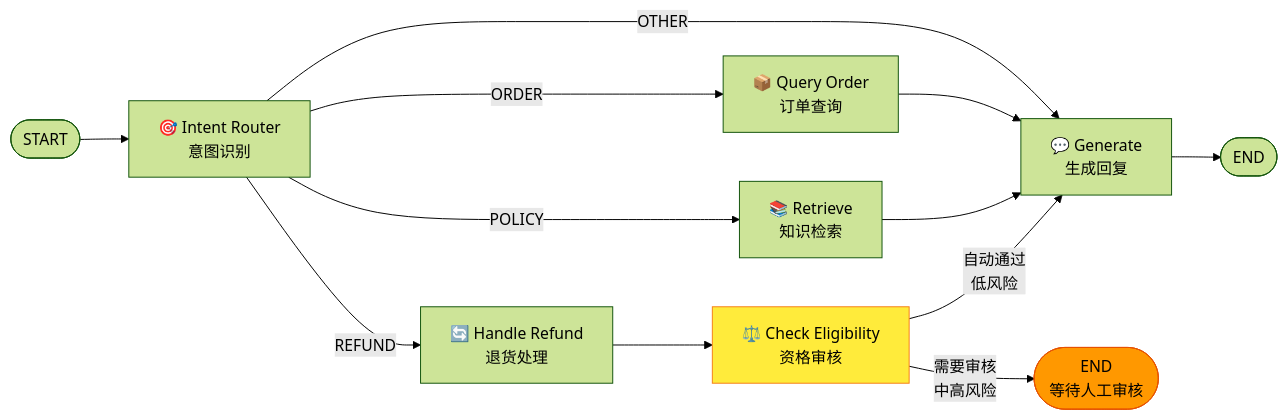
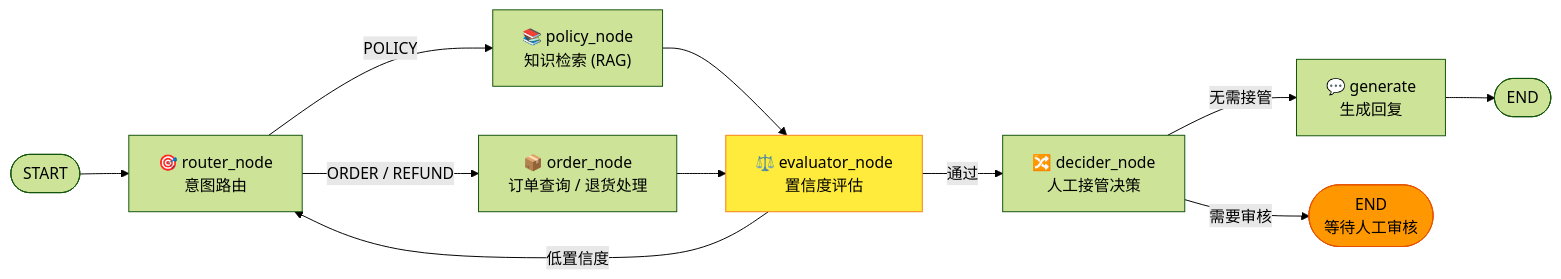
The second of 8 diagrams in architecture.md (Mr-ZeLong/E-commerce-Smart-Agent), drawn with Mermaid (forest theme) before and after one commit. The commit also changed other lines of this file and 47 other files, not shown here.

````diff
--- a/architecture.md
+++ b/architecture.md
@@ -128,22 +129,21 @@
 ```mermaid
 flowchart LR
-    START([START]) --> INTENT["🎯 Intent Router<br/>意图识别"]
+    START([START]) --> ROUTER["🎯 router_node<br/>意图路由"]
 
-    INTENT -->|"ORDER"| QUERY["📦 Query Order<br/>订单查询"]
-    INTENT -->|"POLICY"| RETRIEVE["📚 Retrieve<br/>知识检索"]
-    INTENT -->|"REFUND"| REFUND_NODE["🔄 Handle Refund<br/>退货处理"]
-    INTENT -->|"OTHER"| GENERATE["💬 Generate<br/>生成回复"]
+    ROUTER -->|"POLICY"| POLICY["📚 policy_node<br/>知识检索 (RAG)"]
+    ROUTER -->|"ORDER / REFUND"| ORDER["📦 order_node<br/>订单查询 / 退货处理"]
 
-    QUERY --> GENERATE
-    RETRIEVE --> GENERATE
+    POLICY --> EVAL["⚖️ evaluator_node<br/>置信度评估"]
+    ORDER --> EVAL
 
-    REFUND_NODE --> CHECK["⚖️ Check Eligibility<br/>资格审核"]
+    EVAL -->|"低置信度"| ROUTER
+    EVAL -->|"通过"| DECIDER["🔀 decider_node<br/>人工接管决策"]
 
-    CHECK -->|"自动通过<br/>低风险"| GENERATE
-    CHECK -->|"需要审核<br/>中高风险"| END_AUDIT([END<br/>等待人工审核])
+    DECIDER -->|"无需接管"| GENERATE["💬 generate<br/>生成回复"]
+    DECIDER -->|"需要审核"| END_AUDIT([END<br/>等待人工审核])
 
     GENERATE --> END_NORMAL([END])
 
-    style CHECK fill:#ffeb3b,stroke:#f57f17
+    style EVAL fill:#ffeb3b,stroke:#f57f17
     style END_AUDIT fill:#ff9800,stroke:#e65100
 ```
````
